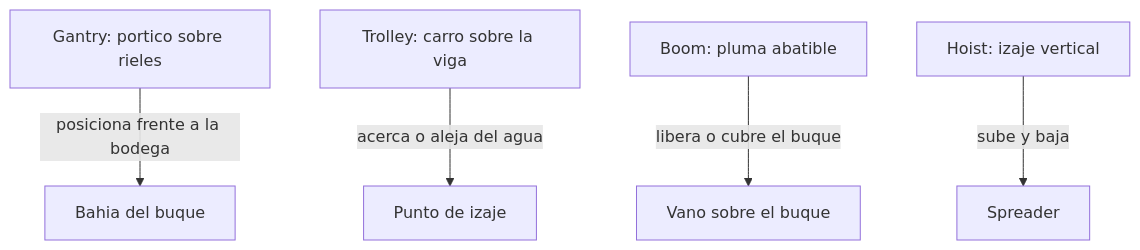
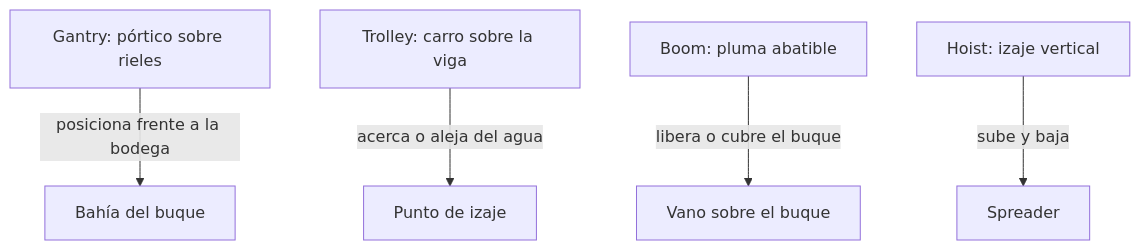
The second of 4 diagrams in vehiculos/grua-portuaria/operacion/sistemas-mecanicos-grua-portuaria.md (vladimiracunadev-create/machine-operator-program), drawn with Mermaid before and after one commit. The commit also changed other lines of this file and 442 other files, not shown here.

````diff
--- a/vehiculos/grua-portuaria/operacion/sistemas-mecanicos-grua-portuaria.md
+++ b/vehiculos/grua-portuaria/operacion/sistemas-mecanicos-grua-portuaria.md
@@ -63,7 +63,7 @@
 ```mermaid
 flowchart TD
-    Gantry[Gantry: portico sobre rieles] -->|posiciona frente a la bodega| Buque[Bahia del buque]
+    Gantry[Gantry: pórtico sobre rieles] -->|posiciona frente a la bodega| Buque[Bahía del buque]
     Trolley[Trolley: carro sobre la viga] -->|acerca o aleja del agua| Punto[Punto de izaje]
     Boom[Boom: pluma abatible] -->|libera o cubre el buque| Vano[Vano sobre el buque]
     Hoist[Hoist: izaje vertical] -->|sube y baja| Spreader[Spreader]
 ```
````
